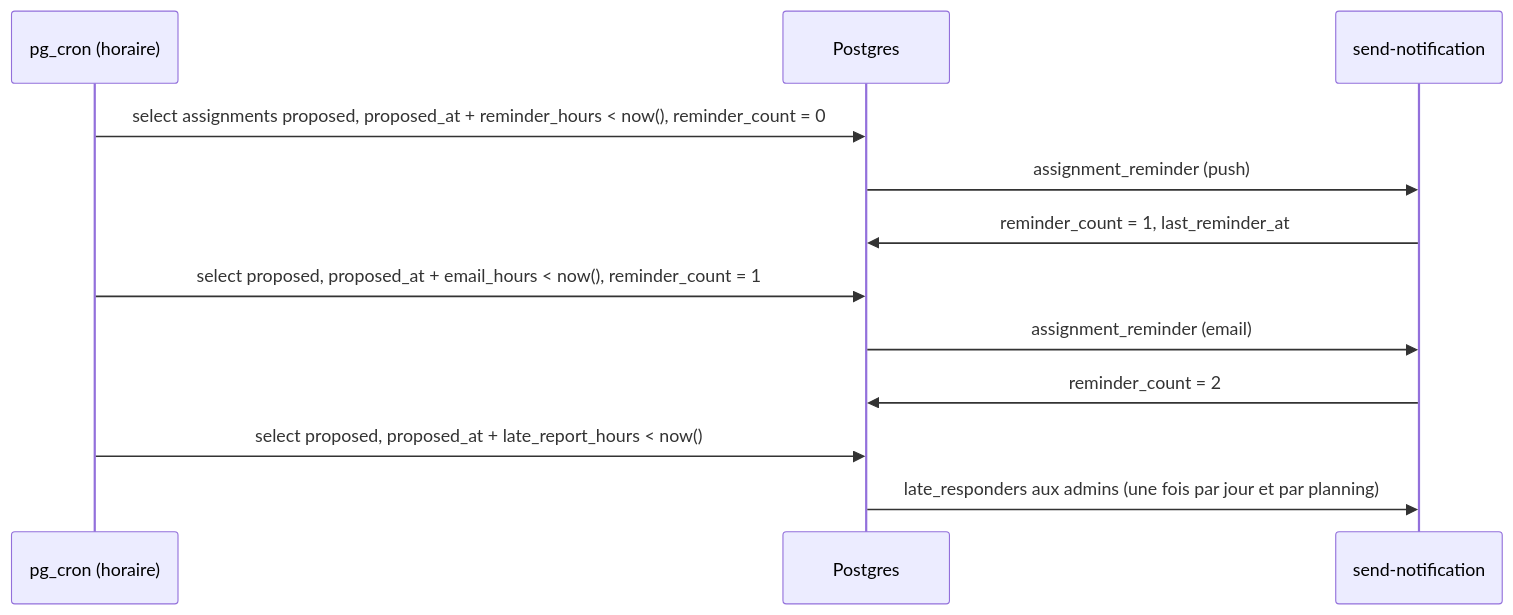
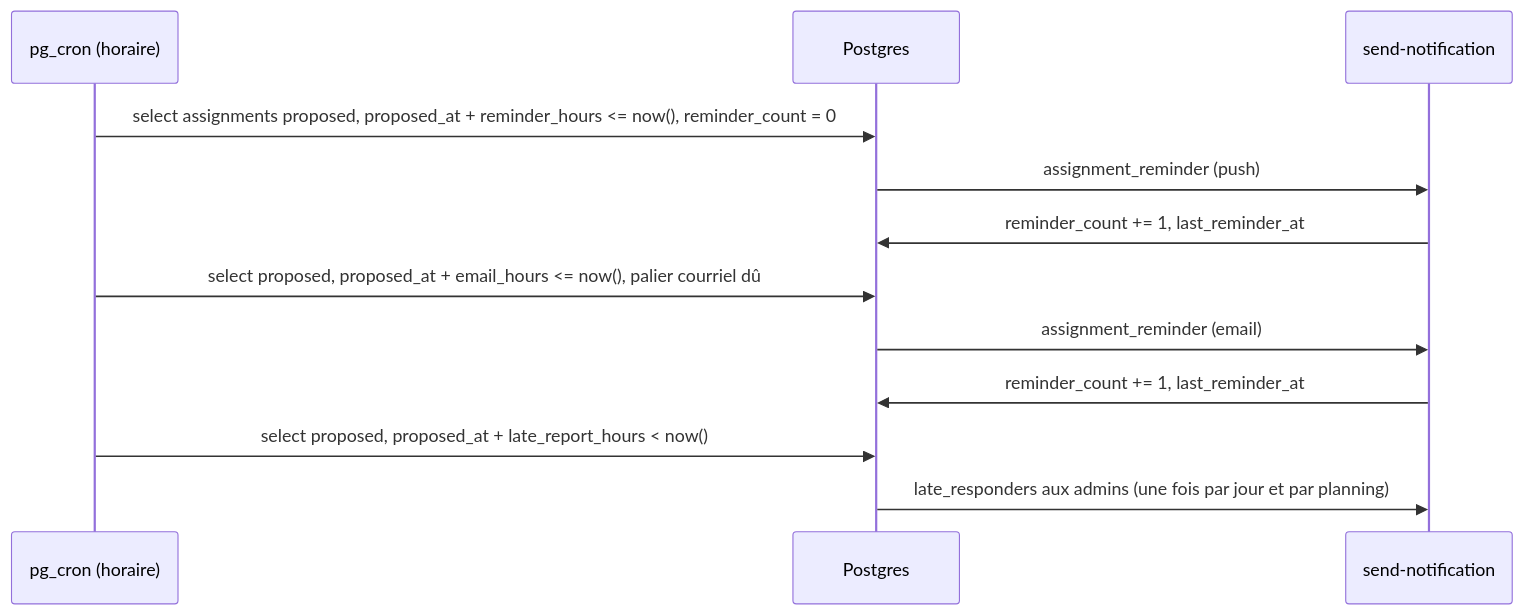
Before and after one commit to slider973/astreinte-manager: the sixth of 6 diagrams in docs/WORKFLOWS.md, drawn with Mermaid. The commit also changed other lines of this file and 4 other files, not shown here.

````diff
--- a/docs/WORKFLOWS.md
+++ b/docs/WORKFLOWS.md
@@ -147,15 +147,15 @@
 ```mermaid
 sequenceDiagram
   participant C as pg_cron (horaire)
   participant DB as Postgres
   participant N as send-notification
 
-  C->>DB: select assignments proposed, proposed_at + reminder_hours < now(), reminder_count = 0
+  C->>DB: select assignments proposed, proposed_at + reminder_hours <= now(), reminder_count = 0
   DB->>N: assignment_reminder (push)
-  N->>DB: reminder_count = 1, last_reminder_at
-  C->>DB: select proposed, proposed_at + email_hours < now(), reminder_count = 1
+  N->>DB: reminder_count += 1, last_reminder_at
+  C->>DB: select proposed, proposed_at + email_hours <= now(), palier courriel dû
   DB->>N: assignment_reminder (email)
-  N->>DB: reminder_count = 2
+  N->>DB: reminder_count += 1, last_reminder_at
   C->>DB: select proposed, proposed_at + late_report_hours < now()
   DB->>N: late_responders aux admins (une fois par jour et par planning)
 ```
````
